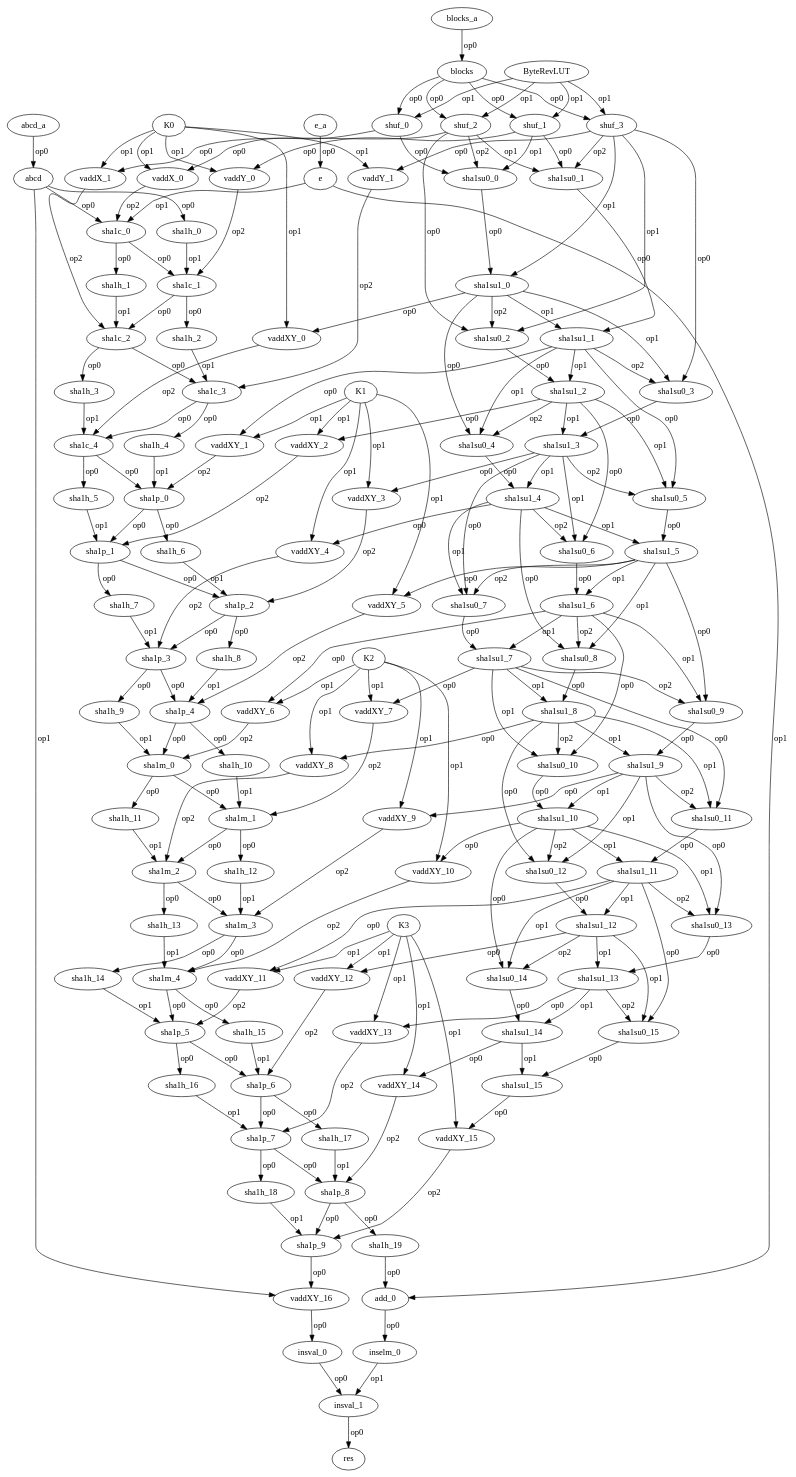
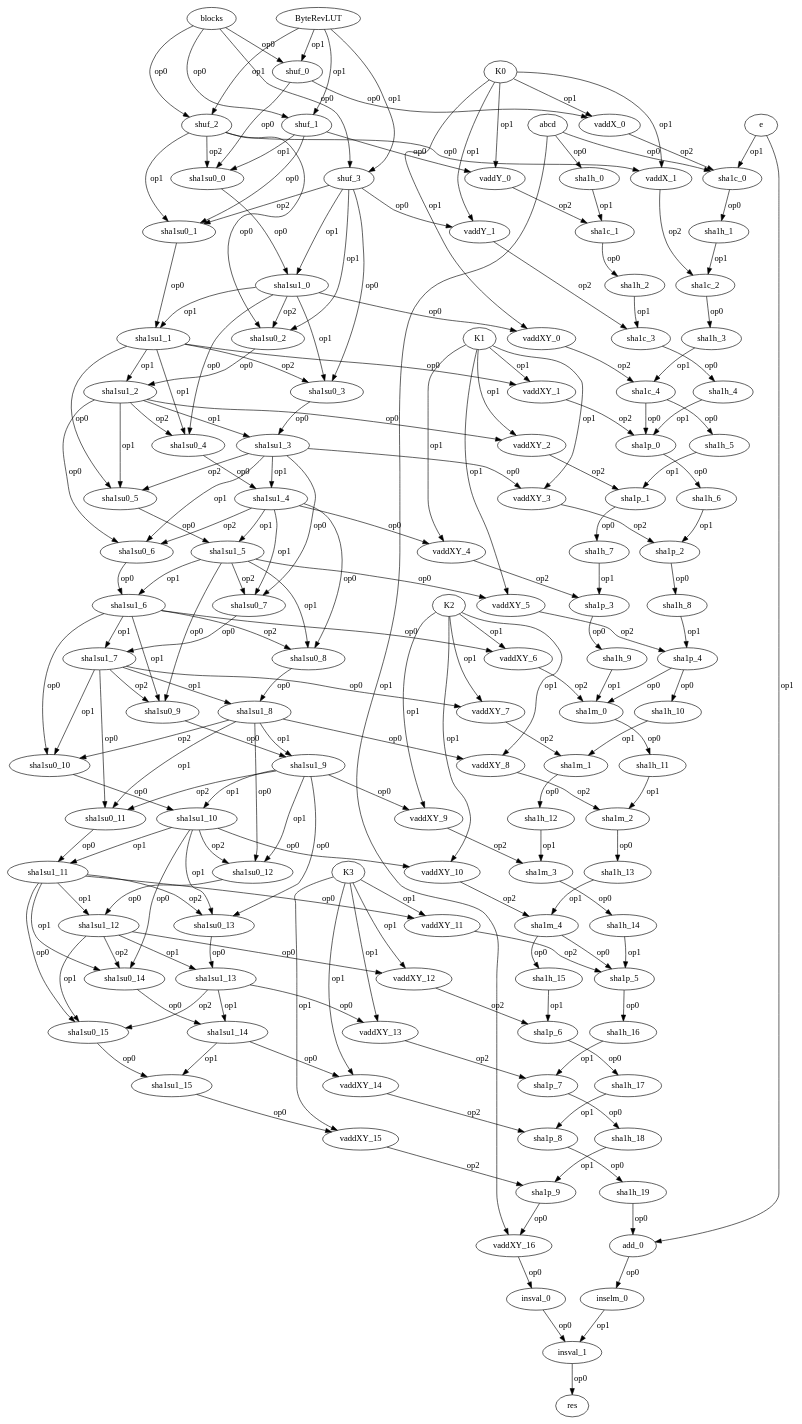
Before and after one commit to jevinskie/AArch64-SHA-Crypto-Extensions: the diagram in sha1-compress-one-hand-dag-ops.dot, drawn with Graphviz. The commit also changed 12 other files, not shown here.

```diff
--- a/sha1-compress-one-hand-dag-ops.dot
+++ b/sha1-compress-one-hand-dag-ops.dot
@@ -1,12 +1,10 @@
 strict digraph "" {
-	abcd_a -> abcd	[label=op0];
+	graph [outputorder=edgesfirst];
 	abcd -> sha1h_0	[label=op0];
 	abcd -> sha1c_0	[label=op0];
 	abcd -> vaddXY_16	[label=op1];
-	e_a -> e	[label=op0];
 	e -> sha1c_0	[label=op1];
 	e -> add_0	[label=op1];
-	blocks_a -> blocks	[label=op0];
 	blocks -> shuf_0	[label=op0];
 	blocks -> shuf_1	[label=op0];
 	blocks -> shuf_2	[label=op0];
@@ -30,20 +28,36 @@
 	shuf_3 -> sha1su0_2	[label=op1];
 	shuf_3 -> sha1su0_3	[label=op0];
 	vaddX_0 -> sha1c_0	[label=op2];
+	vaddX_0 -> vaddX_1	[opnum=-1,
+		style=invis];
 	K0 -> vaddX_0	[label=op1];
 	K0 -> vaddY_0	[label=op1];
 	K0 -> vaddX_1	[label=op1];
 	K0 -> vaddY_1	[label=op1];
 	K0 -> vaddXY_0	[label=op1];
 	vaddY_0 -> sha1c_1	[label=op2];
+	vaddY_0 -> vaddY_1	[opnum=-1,
+		style=invis];
+	sha1h_0 -> sha1h_1	[opnum=-1,
+		style=invis];
 	sha1h_0 -> sha1c_1	[label=op1];
 	sha1c_0 -> sha1h_1	[label=op0];
-	sha1c_0 -> sha1c_1	[label=op0];
+	sha1c_0 -> sha1c_1	[label=op0,
+		opnum=-1,
+		style=invis];
 	vaddX_1 -> sha1c_2	[label=op2];
 	sha1su0_0 -> sha1su1_0	[label=op0];
+	sha1su0_0 -> sha1su0_1	[opnum=-1,
+		style=invis];
+	sha1su0_0 -> sha1su1_1	[opnum=-1,
+		style=invis];
+	sha1h_1 -> sha1h_2	[opnum=-1,
+		style=invis];
 	sha1h_1 -> sha1c_2	[label=op1];
 	sha1c_1 -> sha1h_2	[label=op0];
-	sha1c_1 -> sha1c_2	[label=op0];
+	sha1c_1 -> sha1c_2	[label=op0,
+		opnum=-1,
+		style=invis];
 	vaddY_1 -> sha1c_3	[label=op2];
 	sha1su1_0 -> vaddXY_0	[label=op0];
 	sha1su1_0 -> sha1su1_1	[label=op1];
@@ -51,9 +65,19 @@
 	sha1su1_0 -> sha1su0_3	[label=op1];
 	sha1su1_0 -> sha1su0_4	[label=op0];
 	sha1su0_1 -> sha1su1_1	[label=op0];
+	sha1su0_1 -> sha1su0_2	[opnum=-1,
+		style=invis];
+	sha1su0_1 -> sha1su1_2	[opnum=-1,
+		style=invis];
+	sha1h_2 -> sha1h_3	[opnum=-1,
+		style=invis];
 	sha1h_2 -> sha1c_3	[label=op1];
 	sha1c_2 -> sha1h_3	[label=op0];
-	sha1c_2 -> sha1c_3	[label=op0];
+	sha1c_2 -> sha1c_3	[label=op0,
+		opnum=-1,
+		style=invis];
+	vaddXY_0 -> vaddXY_1	[opnum=-1,
+		style=invis];
 	vaddXY_0 -> sha1c_4	[label=op2];
 	sha1su1_1 -> vaddXY_1	[label=op0];
 	sha1su1_1 -> sha1su1_2	[label=op1];
@@ -61,9 +85,19 @@
 	sha1su1_1 -> sha1su0_4	[label=op1];
 	sha1su1_1 -> sha1su0_5	[label=op0];
 	sha1su0_2 -> sha1su1_2	[label=op0];
+	sha1su0_2 -> sha1su0_3	[opnum=-1,
+		style=invis];
+	sha1su0_2 -> sha1su1_3	[opnum=-1,
+		style=invis];
+	sha1h_3 -> sha1h_4	[opnum=-1,
+		style=invis];
 	sha1h_3 -> sha1c_4	[label=op1];
 	sha1c_3 -> sha1h_4	[label=op0];
-	sha1c_3 -> sha1c_4	[label=op0];
+	sha1c_3 -> sha1c_4	[label=op0,
+		opnum=-1,
+		style=invis];
+	vaddXY_1 -> vaddXY_2	[opnum=-1,
+		style=invis];
 	vaddXY_1 -> sha1p_0	[label=op2];
 	K1 -> vaddXY_1	[label=op1];
 	K1 -> vaddXY_2	[label=op1];
@@ -76,9 +110,17 @@
 	sha1su1_2 -> sha1su0_5	[label=op1];
 	sha1su1_2 -> sha1su0_6	[label=op0];
 	sha1su0_3 -> sha1su1_3	[label=op0];
+	sha1su0_3 -> sha1su0_4	[opnum=-1,
+		style=invis];
+	sha1su0_3 -> sha1su1_4	[opnum=-1,
+		style=invis];
+	sha1h_4 -> sha1h_5	[opnum=-1,
+		style=invis];
 	sha1h_4 -> sha1p_0	[label=op1];
 	sha1c_4 -> sha1h_5	[label=op0];
 	sha1c_4 -> sha1p_0	[label=op0];
+	vaddXY_2 -> vaddXY_3	[opnum=-1,
+		style=invis];
 	vaddXY_2 -> sha1p_1	[label=op2];
 	sha1su1_3 -> vaddXY_3	[label=op0];
 	sha1su1_3 -> sha1su1_4	[label=op1];
@@ -86,9 +128,19 @@
 	sha1su1_3 -> sha1su0_6	[label=op1];
 	sha1su1_3 -> sha1su0_7	[label=op0];
 	sha1su0_4 -> sha1su1_4	[label=op0];
+	sha1su0_4 -> sha1su0_5	[opnum=-1,
+		style=invis];
+	sha1su0_4 -> sha1su1_5	[opnum=-1,
+		style=invis];
+	sha1h_5 -> sha1h_6	[opnum=-1,
+		style=invis];
 	sha1h_5 -> sha1p_1	[label=op1];
 	sha1p_0 -> sha1h_6	[label=op0];
-	sha1p_0 -> sha1p_1	[label=op0];
+	sha1p_0 -> sha1p_1	[label=op0,
+		opnum=-1,
+		style=invis];
+	vaddXY_3 -> vaddXY_4	[opnum=-1,
+		style=invis];
 	vaddXY_3 -> sha1p_2	[label=op2];
 	sha1su1_4 -> vaddXY_4	[label=op0];
 	sha1su1_4 -> sha1su1_5	[label=op1];
@@ -96,9 +148,19 @@
 	sha1su1_4 -> sha1su0_7	[label=op1];
 	sha1su1_4 -> sha1su0_8	[label=op0];
 	sha1su0_5 -> sha1su1_5	[label=op0];
+	sha1su0_5 -> sha1su0_6	[opnum=-1,
+		style=invis];
+	sha1su0_5 -> sha1su1_6	[opnum=-1,
+		style=invis];
+	sha1h_6 -> sha1h_7	[opnum=-1,
+		style=invis];
 	sha1h_6 -> sha1p_2	[label=op1];
 	sha1p_1 -> sha1h_7	[label=op0];
-	sha1p_1 -> sha1p_2	[label=op0];
+	sha1p_1 -> sha1p_2	[label=op0,
+		opnum=-1,
+		style=invis];
+	vaddXY_4 -> vaddXY_5	[opnum=-1,
+		style=invis];
 	vaddXY_4 -> sha1p_3	[label=op2];
 	sha1su1_5 -> vaddXY_5	[label=op0];
 	sha1su1_5 -> sha1su1_6	[label=op1];
@@ -106,9 +168,19 @@
 	sha1su1_5 -> sha1su0_8	[label=op1];
 	sha1su1_5 -> sha1su0_9	[label=op0];
 	sha1su0_6 -> sha1su1_6	[label=op0];
+	sha1su0_6 -> sha1su0_7	[opnum=-1,
+		style=invis];
+	sha1su0_6 -> sha1su1_7	[opnum=-1,
+		style=invis];
+	sha1h_7 -> sha1h_8	[opnum=-1,
+		style=invis];
 	sha1h_7 -> sha1p_3	[label=op1];
 	sha1p_2 -> sha1h_8	[label=op0];
-	sha1p_2 -> sha1p_3	[label=op0];
+	sha1p_2 -> sha1p_3	[label=op0,
+		opnum=-1,
+		style=invis];
+	vaddXY_5 -> vaddXY_6	[opnum=-1,
+		style=invis];
 	vaddXY_5 -> sha1p_4	[label=op2];
 	sha1su1_6 -> vaddXY_6	[label=op0];
 	sha1su1_6 -> sha1su1_7	[label=op1];
@@ -116,9 +188,19 @@
 	sha1su1_6 -> sha1su0_9	[label=op1];
 	sha1su1_6 -> sha1su0_10	[label=op0];
 	sha1su0_7 -> sha1su1_7	[label=op0];
+	sha1su0_7 -> sha1su0_8	[opnum=-1,
+		style=invis];
+	sha1su0_7 -> sha1su1_8	[opnum=-1,
+		style=invis];
+	sha1h_8 -> sha1h_9	[opnum=-1,
+		style=invis];
 	sha1h_8 -> sha1p_4	[label=op1];
 	sha1p_3 -> sha1h_9	[label=op0];
-	sha1p_3 -> sha1p_4	[label=op0];
+	sha1p_3 -> sha1p_4	[label=op0,
+		opnum=-1,
+		style=invis];
+	vaddXY_6 -> vaddXY_7	[opnum=-1,
+		style=invis];
 	vaddXY_6 -> sha1m_0	[label=op2];
 	K2 -> vaddXY_6	[label=op1];
 	K2 -> vaddXY_7	[label=op1];
@@ -131,9 +213,19 @@
 	sha1su1_7 -> sha1su0_10	[label=op1];
 	sha1su1_7 -> sha1su0_11	[label=op0];
 	sha1su0_8 -> sha1su1_8	[label=op0];
+	sha1su0_8 -> sha1su0_9	[opnum=-1,
+		style=invis];
+	sha1su0_8 -> sha1su1_9	[opnum=-1,
+		style=invis];
+	sha1h_9 -> sha1h_10	[opnum=-1,
+		style=invis];
 	sha1h_9 -> sha1m_0	[label=op1];
 	sha1p_4 -> sha1h_10	[label=op0];
 	sha1p_4 -> sha1m_0	[label=op0];
+	sha1p_4 -> sha1p_5	[opnum=-1,
+		style=invis];
+	vaddXY_7 -> vaddXY_8	[opnum=-1,
+		style=invis];
 	vaddXY_7 -> sha1m_1	[label=op2];
 	sha1su1_8 -> vaddXY_8	[label=op0];
 	sha1su1_8 -> sha1su1_9	[label=op1];
@@ -141,9 +233,19 @@
 	sha1su1_8 -> sha1su0_11	[label=op1];
 	sha1su1_8 -> sha1su0_12	[label=op0];
 	sha1su0_9 -> sha1su1_9	[label=op0];
+	sha1su0_9 -> sha1su0_10	[opnum=-1,
+		style=invis];
+	sha1su0_9 -> sha1su1_10	[opnum=-1,
+		style=invis];
+	sha1h_10 -> sha1h_11	[opnum=-1,
+		style=invis];
 	sha1h_10 -> sha1m_1	[label=op1];
 	sha1m_0 -> sha1h_11	[label=op0];
-	sha1m_0 -> sha1m_1	[label=op0];
+	sha1m_0 -> sha1m_1	[label=op0,
+		opnum=-1,
+		style=invis];
+	vaddXY_8 -> vaddXY_9	[opnum=-1,
+		style=invis];
 	vaddXY_8 -> sha1m_2	[label=op2];
 	sha1su1_9 -> vaddXY_9	[label=op0];
 	sha1su1_9 -> sha1su1_10	[label=op1];
@@ -151,9 +253,19 @@
 	sha1su1_9 -> sha1su0_12	[label=op1];
 	sha1su1_9 -> sha1su0_13	[label=op0];
 	sha1su0_10 -> sha1su1_10	[label=op0];
+	sha1su0_10 -> sha1su0_11	[opnum=-1,
+		style=invis];
+	sha1su0_10 -> sha1su1_11	[opnum=-1,
+		style=invis];
+	sha1h_11 -> sha1h_12	[opnum=-1,
+		style=invis];
 	sha1h_11 -> sha1m_2	[label=op1];
 	sha1m_1 -> sha1h_12	[label=op0];
-	sha1m_1 -> sha1m_2	[label=op0];
+	sha1m_1 -> sha1m_2	[label=op0,
+		opnum=-1,
+		style=invis];
+	vaddXY_9 -> vaddXY_10	[opnum=-1,
+		style=invis];
 	vaddXY_9 -> sha1m_3	[label=op2];
 	sha1su1_10 -> vaddXY_10	[label=op0];
 	sha1su1_10 -> sha1su1_11	[label=op1];
@@ -161,9 +273,19 @@
 	sha1su1_10 -> sha1su0_13	[label=op1];
 	sha1su1_10 -> sha1su0_14	[label=op0];
 	sha1su0_11 -> sha1su1_11	[label=op0];
+	sha1su0_11 -> sha1su0_12	[opnum=-1,
+		style=invis];
+	sha1su0_11 -> sha1su1_12	[opnum=-1,
+		style=invis];
+	sha1h_12 -> sha1h_13	[opnum=-1,
+		style=invis];
 	sha1h_12 -> sha1m_3	[label=op1];
 	sha1m_2 -> sha1h_13	[label=op0];
-	sha1m_2 -> sha1m_3	[label=op0];
+	sha1m_2 -> sha1m_3	[label=op0,
+		opnum=-1,
+		style=invis];
+	vaddXY_10 -> vaddXY_11	[opnum=-1,
+		style=invis];
 	vaddXY_10 -> sha1m_4	[label=op2];
 	sha1su1_11 -> vaddXY_11	[label=op0];
 	sha1su1_11 -> sha1su1_12	[label=op1];
@@ -171,9 +293,19 @@
 	sha1su1_11 -> sha1su0_14	[label=op1];
 	sha1su1_11 -> sha1su0_15	[label=op0];
 	sha1su0_12 -> sha1su1_12	[label=op0];
+	sha1su0_12 -> sha1su0_13	[opnum=-1,
+		style=invis];
+	sha1su0_12 -> sha1su1_13	[opnum=-1,
+		style=invis];
+	sha1h_13 -> sha1h_14	[opnum=-1,
+		style=invis];
 	sha1h_13 -> sha1m_4	[label=op1];
 	sha1m_3 -> sha1h_14	[label=op0];
-	sha1m_3 -> sha1m_4	[label=op0];
+	sha1m_3 -> sha1m_4	[label=op0,
+		opnum=-1,
+		style=invis];
+	vaddXY_11 -> vaddXY_12	[opnum=-1,
+		style=invis];
 	vaddXY_11 -> sha1p_5	[label=op2];
 	K3 -> vaddXY_11	[label=op1];
 	K3 -> vaddXY_12	[label=op1];
@@ -185,33 +317,67 @@
 	sha1su1_12 -> sha1su0_14	[label=op2];
 	sha1su1_12 -> sha1su0_15	[label=op1];
 	sha1su0_13 -> sha1su1_13	[label=op0];
+	sha1su0_13 -> sha1su0_14	[opnum=-1,
+		style=invis];
+	sha1su0_13 -> sha1su1_14	[opnum=-1,
+		style=invis];
+	sha1h_14 -> sha1h_15	[opnum=-1,
+		style=invis];
 	sha1h_14 -> sha1p_5	[label=op1];
 	sha1m_4 -> sha1h_15	[label=op0];
 	sha1m_4 -> sha1p_5	[label=op0];
+	vaddXY_12 -> vaddXY_13	[opnum=-1,
+		style=invis];
 	vaddXY_12 -> sha1p_6	[label=op2];
 	sha1su1_13 -> vaddXY_13	[label=op0];
 	sha1su1_13 -> sha1su1_14	[label=op1];
 	sha1su1_13 -> sha1su0_15	[label=op2];
 	sha1su0_14 -> sha1su1_14	[label=op0];
+	sha1su0_14 -> sha1su0_15	[opnum=-1,
+		style=invis];
+	sha1su0_14 -> sha1su1_15	[opnum=-1,
+		style=invis];
+	sha1h_15 -> sha1h_16	[opnum=-1,
+		style=invis];
 	sha1h_15 -> sha1p_6	[label=op1];
 	sha1p_5 -> sha1h_16	[label=op0];
-	sha1p_5 -> sha1p_6	[label=op0];
+	sha1p_5 -> sha1p_6	[label=op0,
+		opnum=-1,
+		style=invis];
+	vaddXY_13 -> vaddXY_14	[opnum=-1,
+		style=invis];
 	vaddXY_13 -> sha1p_7	[label=op2];
 	sha1su1_14 -> vaddXY_14	[label=op0];
 	sha1su1_14 -> sha1su1_15	[label=op1];
 	sha1su0_15 -> sha1su1_15	[label=op0];
+	sha1h_16 -> sha1h_17	[opnum=-1,
+		style=invis];
 	sha1h_16 -> sha1p_7	[label=op1];
 	sha1p_6 -> sha1h_17	[label=op0];
-	sha1p_6 -> sha1p_7	[label=op0];
+	sha1p_6 -> sha1p_7	[label=op0,
+		opnum=-1,
+		style=invis];
+	vaddXY_14 -> vaddXY_15	[opnum=-1,
+		style=invis];
 	vaddXY_14 -> sha1p_8	[label=op2];
 	sha1su1_15 -> vaddXY_15	[label=op0];
+	sha1h_17 -> sha1h_18	[opnum=-1,
+		style=invis];
 	sha1h_17 -> sha1p_8	[label=op1];
 	sha1p_7 -> sha1h_18	[label=op0];
-	sha1p_7 -> sha1p_8	[label=op0];
+	sha1p_7 -> sha1p_8	[label=op0,
+		opnum=-1,
+		style=invis];
 	vaddXY_15 -> sha1p_9	[label=op2];
+	vaddXY_15 -> vaddXY_16	[opnum=-1,
+		style=invis];
+	sha1h_18 -> sha1h_19	[opnum=-1,
+		style=invis];
 	sha1h_18 -> sha1p_9	[label=op1];
 	sha1p_8 -> sha1h_19	[label=op0];
-	sha1p_8 -> sha1p_9	[label=op0];
+	sha1p_8 -> sha1p_9	[label=op0,
+		opnum=-1,
+		style=invis];
 	sha1h_19 -> add_0	[label=op0];
 	sha1p_9 -> vaddXY_16	[label=op0];
 	vaddXY_16 -> insval_0	[label=op0];
```
